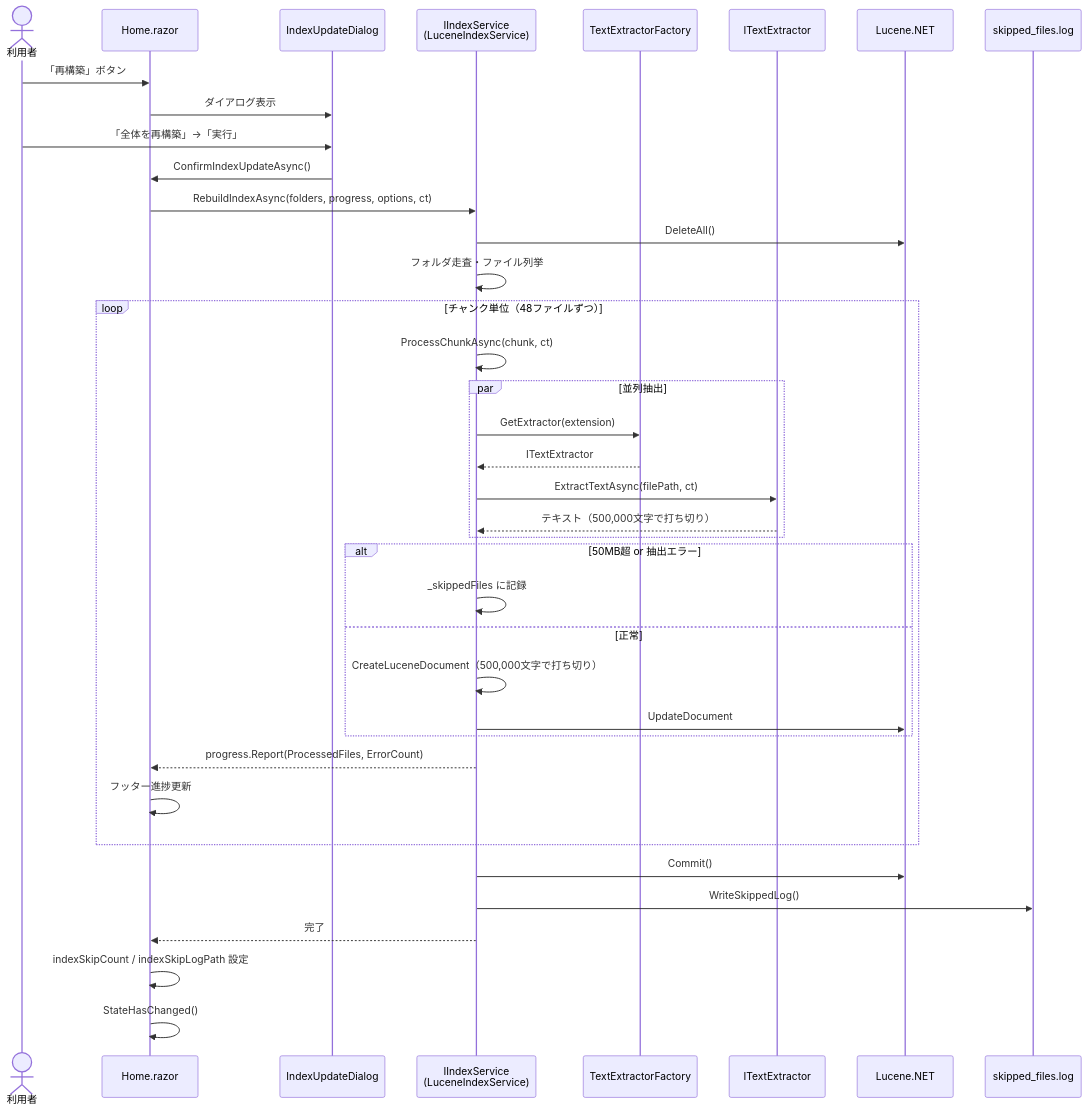
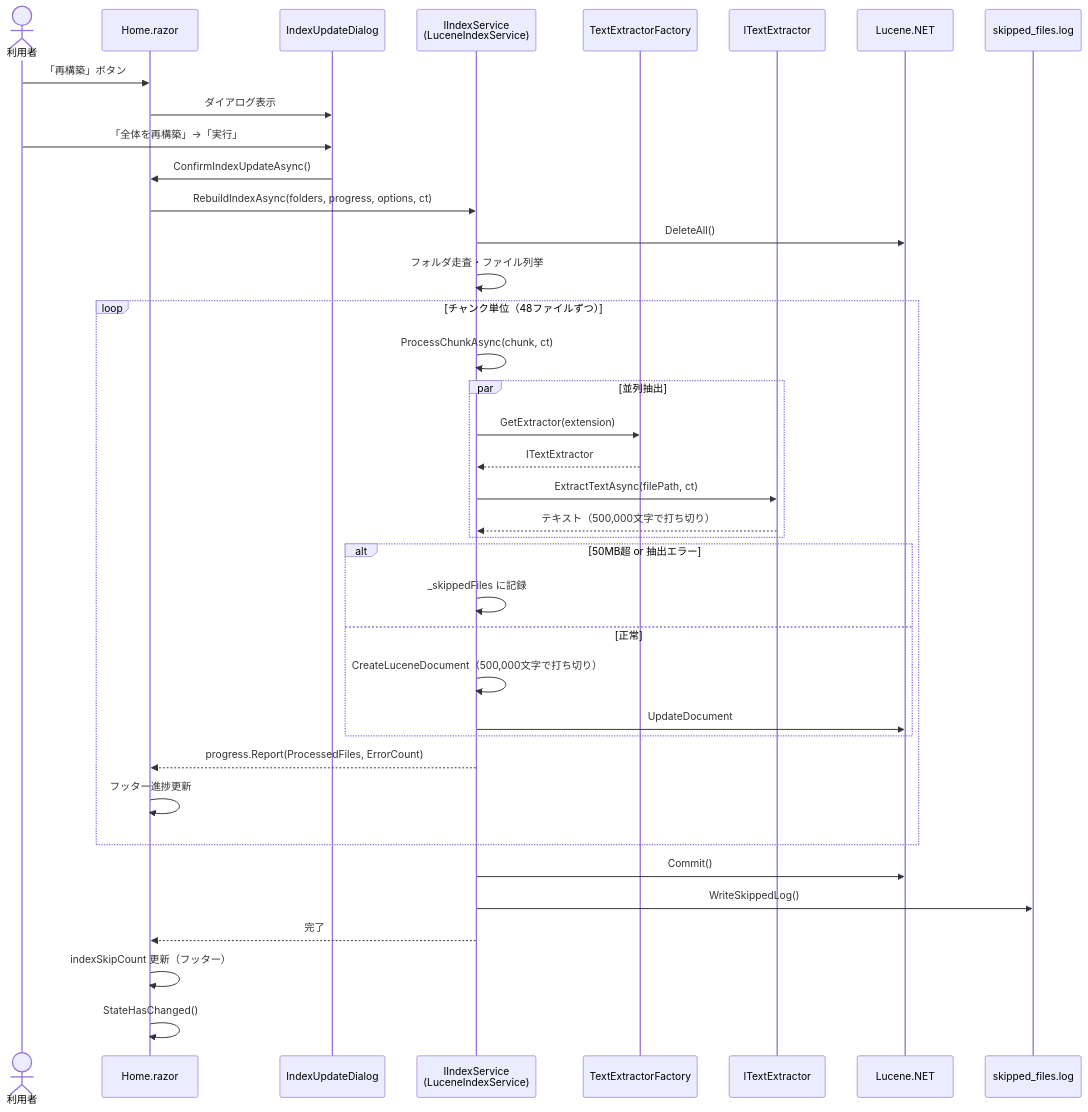
Before and after one commit to zndmonya-dot/FileSearchApp-: the seventh of 15 diagrams in docs/UML図.md, drawn with Mermaid. The commit also changed other lines of this file and 64 other files, not shown here.

````diff
--- a/docs/UML図.md
+++ b/docs/UML図.md
@@ -457,47 +453,47 @@
 ```mermaid
 sequenceDiagram
     actor User as 利用者
     participant Home as Home.razor
     participant Dialog as IndexUpdateDialog
     participant Index as IIndexService<br/>(LuceneIndexService)
     participant Factory as TextExtractorFactory
     participant Ext as ITextExtractor
     participant Lucene as Lucene.NET
     participant Log as skipped_files.log
 
     User->>Home: 「再構築」ボタン
     Home->>Dialog: ダイアログ表示
     User->>Dialog: 「全体を再構築」→「実行」
     Dialog->>Home: ConfirmIndexUpdateAsync()
     Home->>Index: RebuildIndexAsync(folders, progress, options, ct)
     Index->>Lucene: DeleteAll()
     Index->>Index: フォルダ走査・ファイル列挙
 
     loop チャンク単位（48ファイルずつ）
         Index->>Index: ProcessChunkAsync(chunk, ct)
 
         par 並列抽出
             Index->>Factory: GetExtractor(extension)
             Factory-->>Index: ITextExtractor
             Index->>Ext: ExtractTextAsync(filePath, ct)
             Ext-->>Index: テキスト（500,000文字で打ち切り）
         end
 
         alt 50MB超 or 抽出エラー
             Index->>Index: _skippedFiles に記録
         else 正常
             Index->>Index: CreateLuceneDocument（500,000文字で打ち切り）
             Index->>Lucene: UpdateDocument
         end
 
         Index-->>Home: progress.Report(ProcessedFiles, ErrorCount)
         Home->>Home: フッター進捗更新
     end
 
     Index->>Lucene: Commit()
     Index->>Log: WriteSkippedLog()
     Index-->>Home: 完了
 
-    Home->>Home: indexSkipCount / indexSkipLogPath 設定
+    Home->>Home: indexSkipCount 更新（フッター）
     Home->>Home: StateHasChanged()
 ```
````
